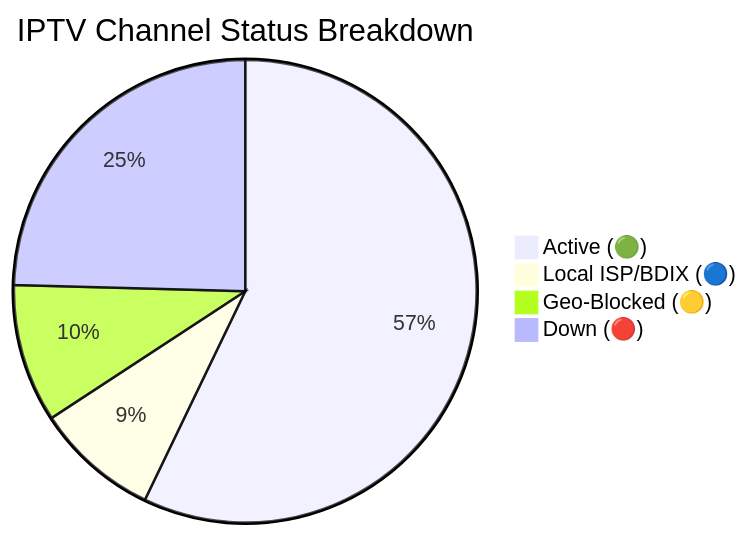
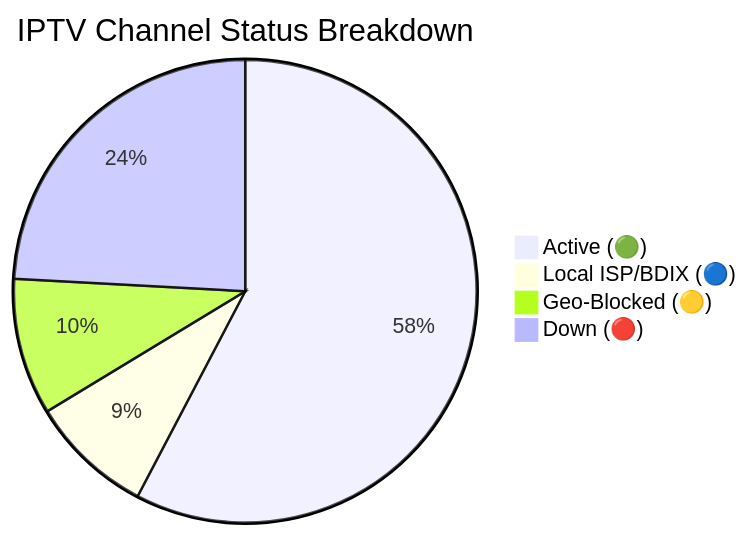
One commit to Zaman-Topu/Ip-tv-Collection changed the diagram in README.md. Above: the diagram before and after it, drawn with Mermaid. The commit also changed other lines of this file and 6 other files, not shown here.

````diff
--- a/README.md
+++ b/README.md
@@ -149,7 +149,7 @@
 ```mermaid
 pie title IPTV Channel Status Breakdown
-    "Active (🟢)" : 10711
-    "Local ISP/BDIX (🔵)" : 1620
-    "Geo-Blocked (🟡)" : 1810
-    "Down (🔴)" : 4606
+    "Active (🟢)" : 10818
+    "Local ISP/BDIX (🔵)" : 1618
+    "Geo-Blocked (🟡)" : 1789
+    "Down (🔴)" : 4526
 ```
````
